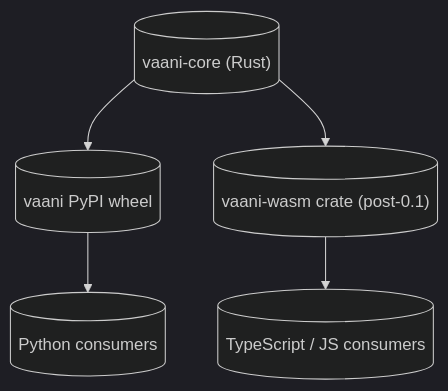
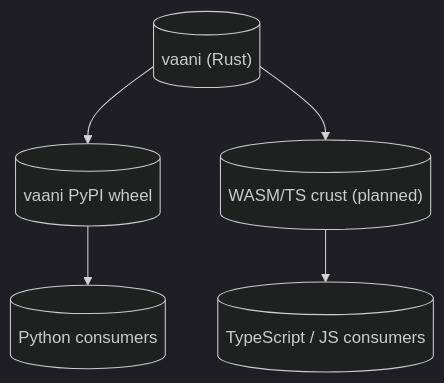
One commit to mox-labs/matra changed the second of 2 diagrams in .claude/arch/architecture.md. Above: the diagram before and after it, drawn with Mermaid (dark theme). The commit also changed other lines of this file and 13 other files, not shown here.

````diff
--- a/.claude/arch/architecture.md
+++ b/.claude/arch/architecture.md
@@ -153,7 +133,7 @@
 ```mermaid
 flowchart TB
-    rust[("vaani-core (Rust)")] --> py[(vaani PyPI wheel)]
-    rust --> wasm[("vaani-wasm crate (post-0.1)")]
+    rust[("vaani (Rust)")] --> py[(vaani PyPI wheel)]
+    rust --> wasm[("WASM/TS crust (planned)")]
     py --> pyc[(Python consumers)]
     wasm --> ts[(TypeScript / JS consumers)]
 ```
````
